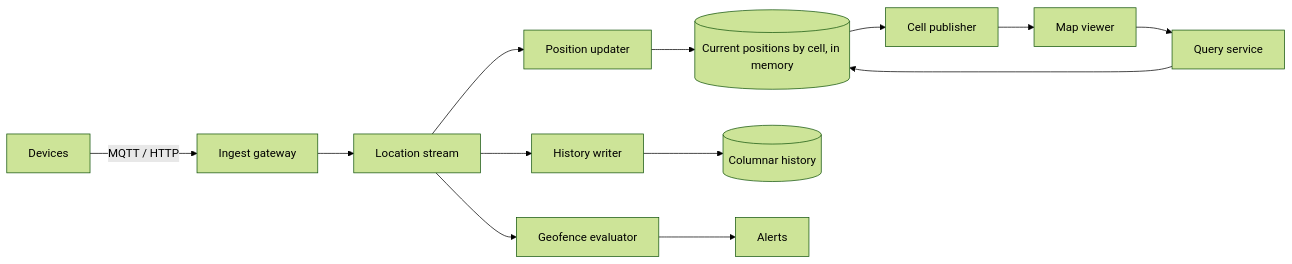
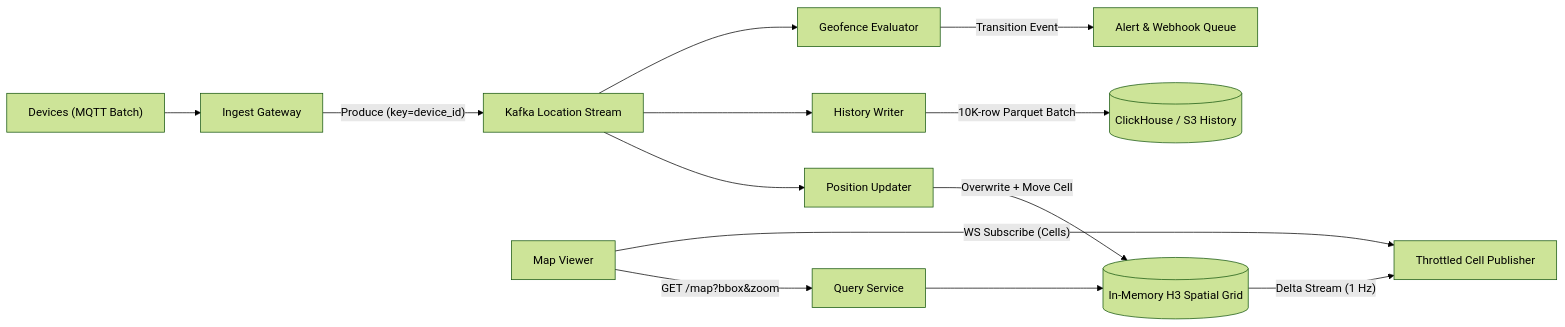
Before and after one commit to TapanKumarBarik/Backend-roadmap: the fourth of 6 diagrams in content/system-design/22-interview-design-problems/32-location-tracking-system-design/README.md, drawn with Mermaid (forest theme). The commit also changed other lines of this file and 37 other files, not shown here.

Commit message:
Upgrade Track 22 (37 interview design problems) with scale-by-scale architecture evolution

````diff
--- a/content/system-design/22-interview-design-problems/32-location-tracking-system-design/README.md
+++ b/content/system-design/22-interview-design-problems/32-location-tracking-system-design/README.md
@@ -109,9 +200,15 @@
 ```mermaid
 flowchart LR
-  D["Devices"] -- "MQTT / HTTP" --> GW["Ingest gateway"] --> K["Location stream"]
-  K --> CP["Position updater"] --> CS[("Current positions by cell, in memory")]
-  K --> H["History writer"] --> HS[("Columnar history")]
-  K --> GF["Geofence evaluator"] --> AL["Alerts"]
-  V["Map viewer"] --> QS["Query service"] --> CS
-  CS --> PUB["Cell publisher"] --> V
+  D["Devices (MQTT Batch)"] --> GW["Ingest Gateway"]
+  GW -- "Produce (key=device_id)" --> K["Kafka Location Stream"]
+  K --> PU["Position Updater"]
+  K --> HW["History Writer"]
+  K --> GF["Geofence Evaluator"]
+  PU -- "Overwrite + Move Cell" --> CS[("In-Memory H3 Spatial Grid")]
+  HW -- "10K-row Parquet Batch" --> HS[("ClickHouse / S3 History")]
+  GF -- "Transition Event" --> AL["Alert & Webhook Queue"]
+  V["Map Viewer"] -- "GET /map?bbox&zoom" --> QS["Query Service"]
+  QS --> CS
+  V -- "WS Subscribe (Cells)" --> PUB["Throttled Cell Publisher"]
+  CS -- "Delta Stream (1 Hz)" --> PUB
 ```
````
